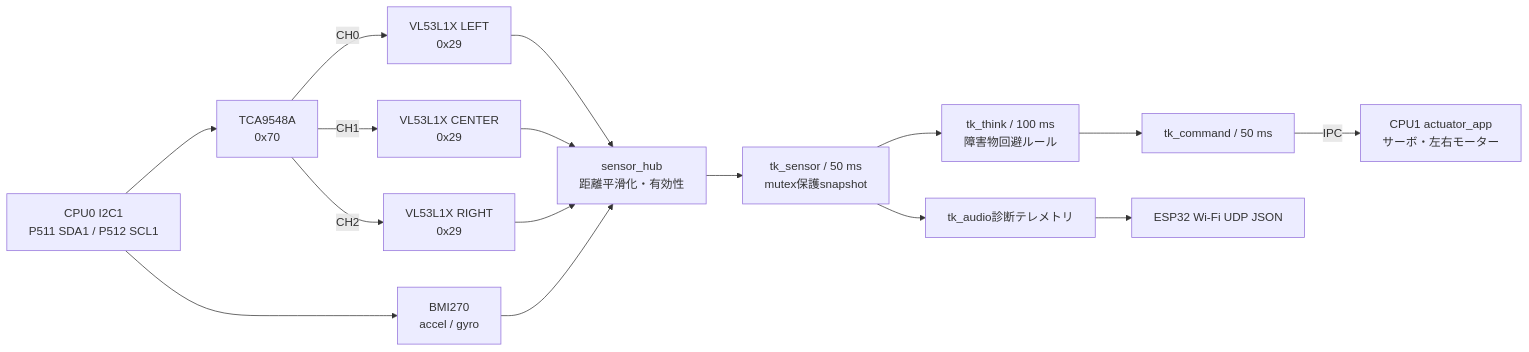
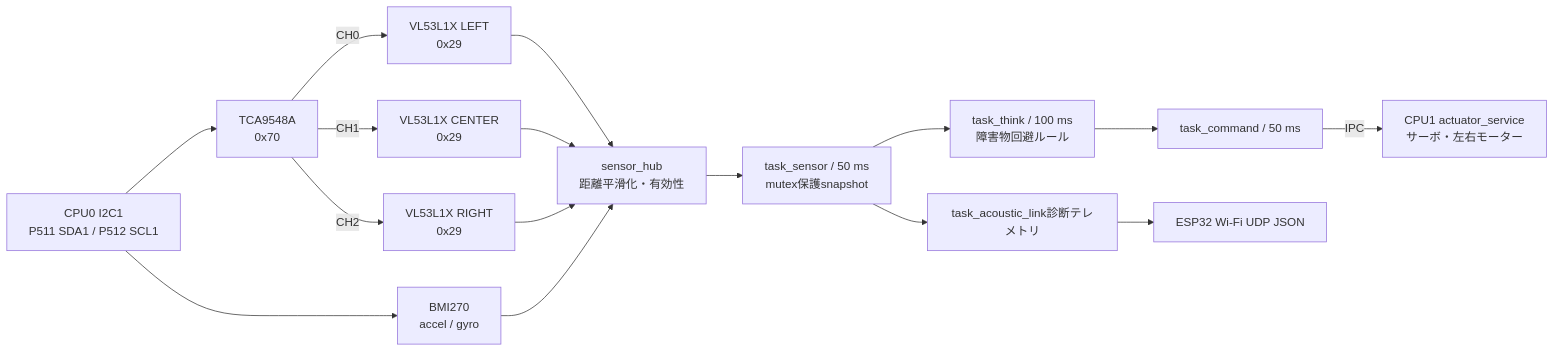
One commit to horned128/sound-exploration-rover changed the diagram in docs/firmware/SENSOR_AUTONOMY.md. Above: the diagram before and after it, drawn with Mermaid. The commit also changed other lines of this file and 107 other files, not shown here.

````diff
--- a/docs/firmware/SENSOR_AUTONOMY.md
+++ b/docs/firmware/SENSOR_AUTONOMY.md
@@ -9,18 +9,18 @@
 ```mermaid
 flowchart LR
     IIC["CPU0 I2C1<br/>P511 SDA1 / P512 SCL1"] --> BMI["BMI270<br/>accel / gyro"]
     IIC --> MUX["TCA9548A<br/>0x70"]
     MUX -->|CH0| L["VL53L1X LEFT<br/>0x29"]
     MUX -->|CH1| C["VL53L1X CENTER<br/>0x29"]
     MUX -->|CH2| R["VL53L1X RIGHT<br/>0x29"]
     L --> HUB["sensor_hub<br/>距離平滑化・有効性"]
     C --> HUB
     R --> HUB
     BMI --> HUB
-    HUB --> TASK["tk_sensor / 50 ms<br/>mutex保護snapshot"]
-    TASK --> THINK["tk_think / 100 ms<br/>障害物回避ルール"]
-    THINK --> CMD["tk_command / 50 ms"]
-    CMD -->|IPC| CPU1["CPU1 actuator_app<br/>サーボ・左右モーター"]
-    TASK --> TEL["tk_audio診断テレメトリ"]
+    HUB --> TASK["task_sensor / 50 ms<br/>mutex保護snapshot"]
+    TASK --> THINK["task_think / 100 ms<br/>障害物回避ルール"]
+    THINK --> CMD["task_command / 50 ms"]
+    CMD -->|IPC| CPU1["CPU1 actuator_service<br/>サーボ・左右モーター"]
+    TASK --> TEL["task_acoustic_link診断テレメトリ"]
     TEL --> ESP["ESP32 Wi-Fi UDP JSON"]
 ```
````
